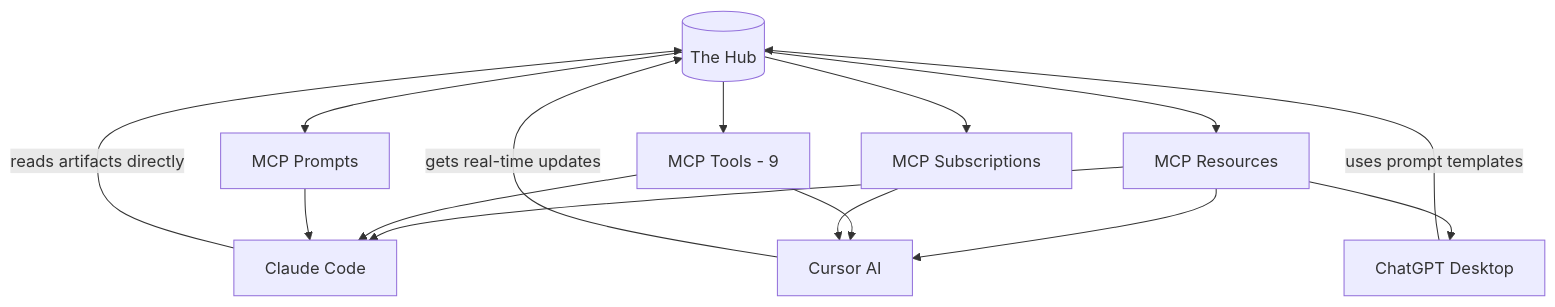
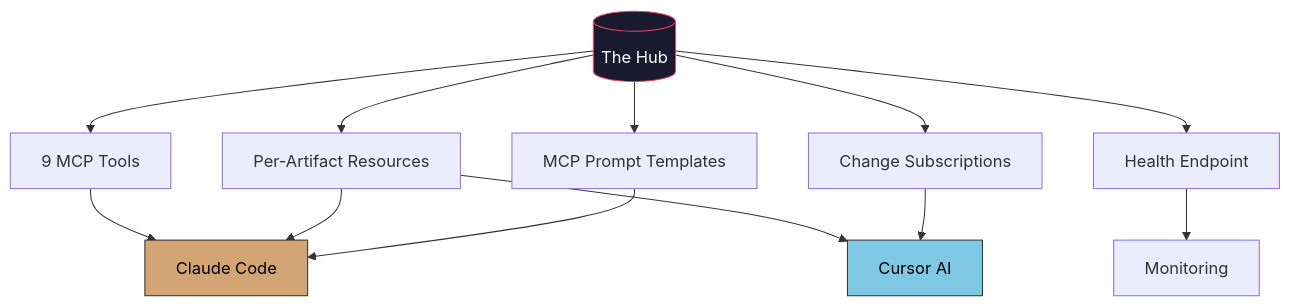
Before and after one commit to ahmedkhaledmohamed/the-hub: the third of 4 diagrams in docs/future-developments.md, drawn with Mermaid. The commit also changed other lines of this file, not shown here.

````diff
--- a/docs/future-developments.md
+++ b/docs/future-developments.md
@@ -102,19 +183,19 @@
 ```mermaid
 flowchart TD
-    Hub[(The Hub)] --> Resources[MCP Resources]
-    Hub --> Tools[MCP Tools - 9]
-    Hub --> Prompts[MCP Prompts]
-    Hub --> Events[MCP Subscriptions]
+    Hub[(The Hub)] --> Tools[9 MCP Tools]
+    Hub --> Resources[Per-Artifact Resources]
+    Hub --> Prompts[MCP Prompt Templates]
+    Hub --> Events[Change Subscriptions]
+    Hub --> Health[Health Endpoint]
 
-    Resources --> Claude[Claude Code]
+    Tools --> Claude[Claude Code]
+    Resources --> Claude
+    Prompts --> Claude
     Resources --> Cursor[Cursor AI]
-    Resources --> ChatGPT[ChatGPT Desktop]
-    Tools --> Claude
-    Tools --> Cursor
-    Prompts --> Claude
     Events --> Cursor
+    Health --> Monitor[Monitoring]
 
-    Claude --> |reads artifacts directly| Hub
-    Cursor --> |gets real-time updates| Hub
-    ChatGPT --> |uses prompt templates| Hub
+    style Hub fill:#1a1a2e,stroke:#e94560,color:#fff
+    style Claude fill:#d4a574,stroke:#333,color:#000
+    style Cursor fill:#7ec8e3,stroke:#333,color:#000
 ```
````
